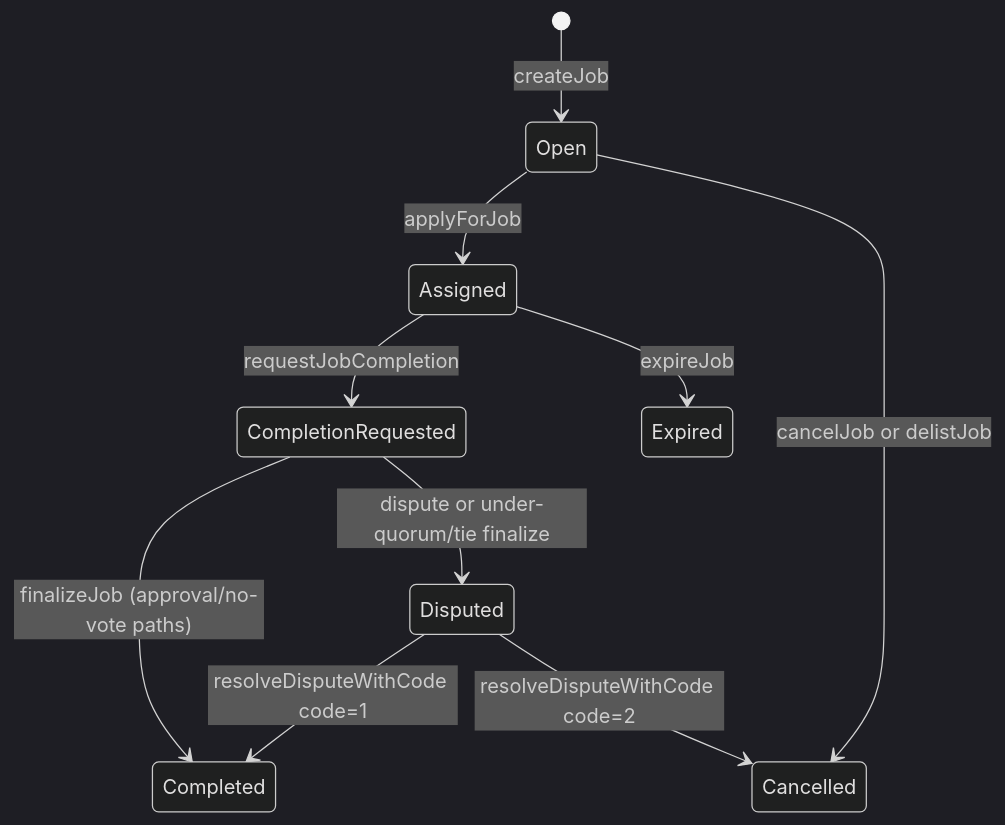
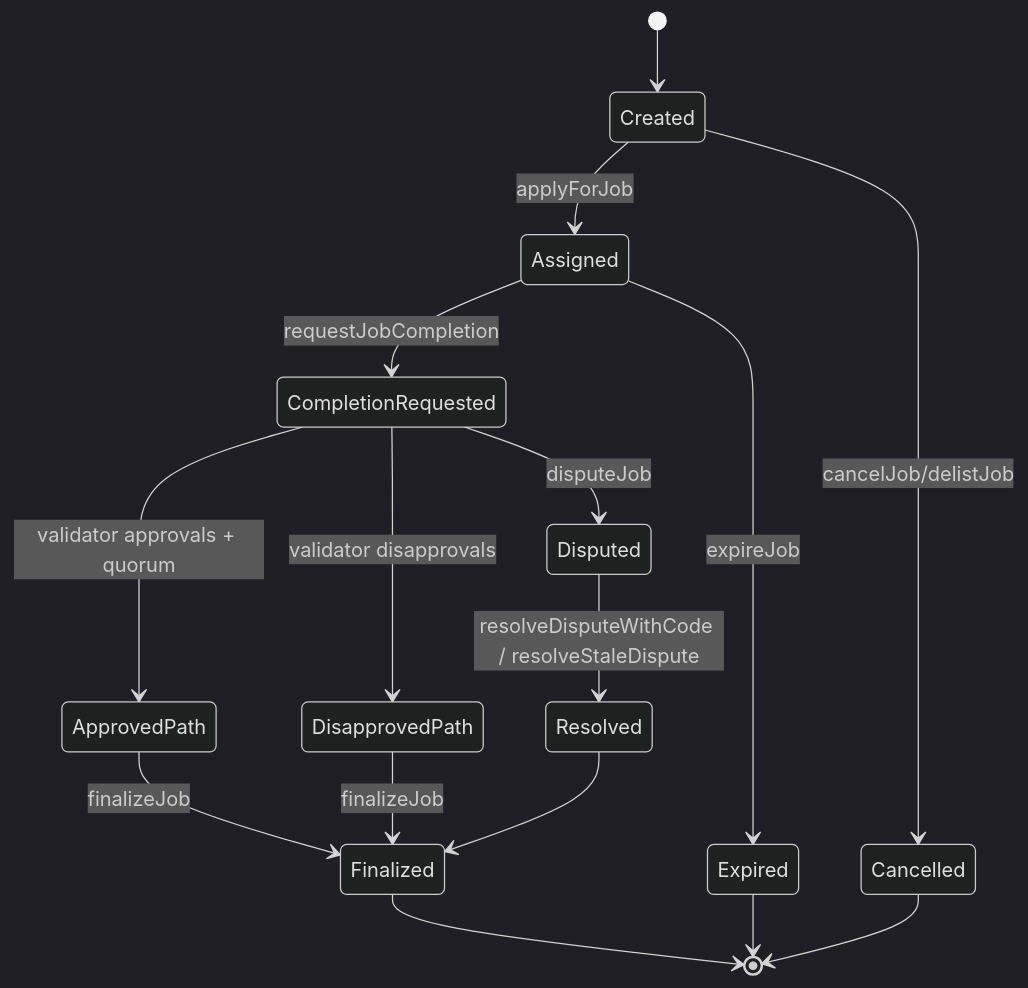
The second of 4 diagrams in docs/DEPLOYMENT/OWNER_MAINNET_DEPLOYMENT_AND_OPERATIONS_GUIDE.md (MontrealAI/AGIJobManager), drawn with Mermaid (dark theme) before and after one commit. The commit also changed other lines of this file and 1 other file, not shown here.

````diff
--- a/docs/DEPLOYMENT/OWNER_MAINNET_DEPLOYMENT_AND_OPERATIONS_GUIDE.md
+++ b/docs/DEPLOYMENT/OWNER_MAINNET_DEPLOYMENT_AND_OPERATIONS_GUIDE.md
@@ -297,12 +412,18 @@
 ```mermaid
 stateDiagram-v2
-  [*] --> Open: createJob
-  Open --> Assigned: applyForJob
-  Assigned --> CompletionRequested: requestJobCompletion
-  CompletionRequested --> Completed: finalizeJob (approval/no-vote paths)
-  CompletionRequested --> Disputed: dispute or under-quorum/tie finalize
-  Assigned --> Expired: expireJob
-  Open --> Cancelled: cancelJob or delistJob
-  Disputed --> Completed: resolveDisputeWithCode code=1
-  Disputed --> Cancelled: resolveDisputeWithCode code=2
+    [*] --> Created
+    Created --> Assigned: applyForJob
+    Created --> Cancelled: cancelJob/delistJob
+    Assigned --> CompletionRequested: requestJobCompletion
+    Assigned --> Expired: expireJob
+    CompletionRequested --> ApprovedPath: validator approvals + quorum
+    CompletionRequested --> DisapprovedPath: validator disapprovals
+    CompletionRequested --> Disputed: disputeJob
+    ApprovedPath --> Finalized: finalizeJob
+    DisapprovedPath --> Finalized: finalizeJob
+    Disputed --> Resolved: resolveDisputeWithCode / resolveStaleDispute
+    Resolved --> Finalized
+    Finalized --> [*]
+    Cancelled --> [*]
+    Expired --> [*]
 ```
````
